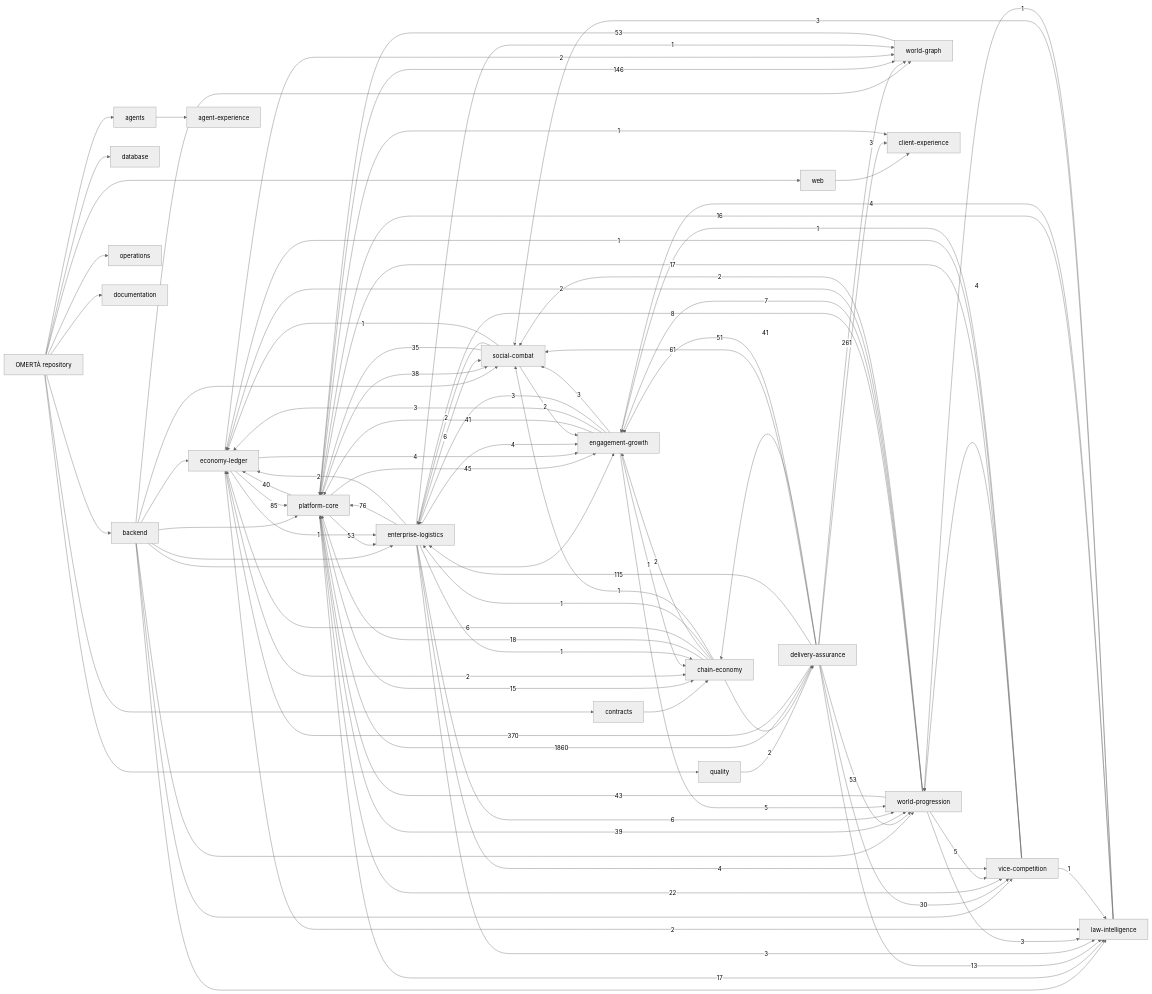
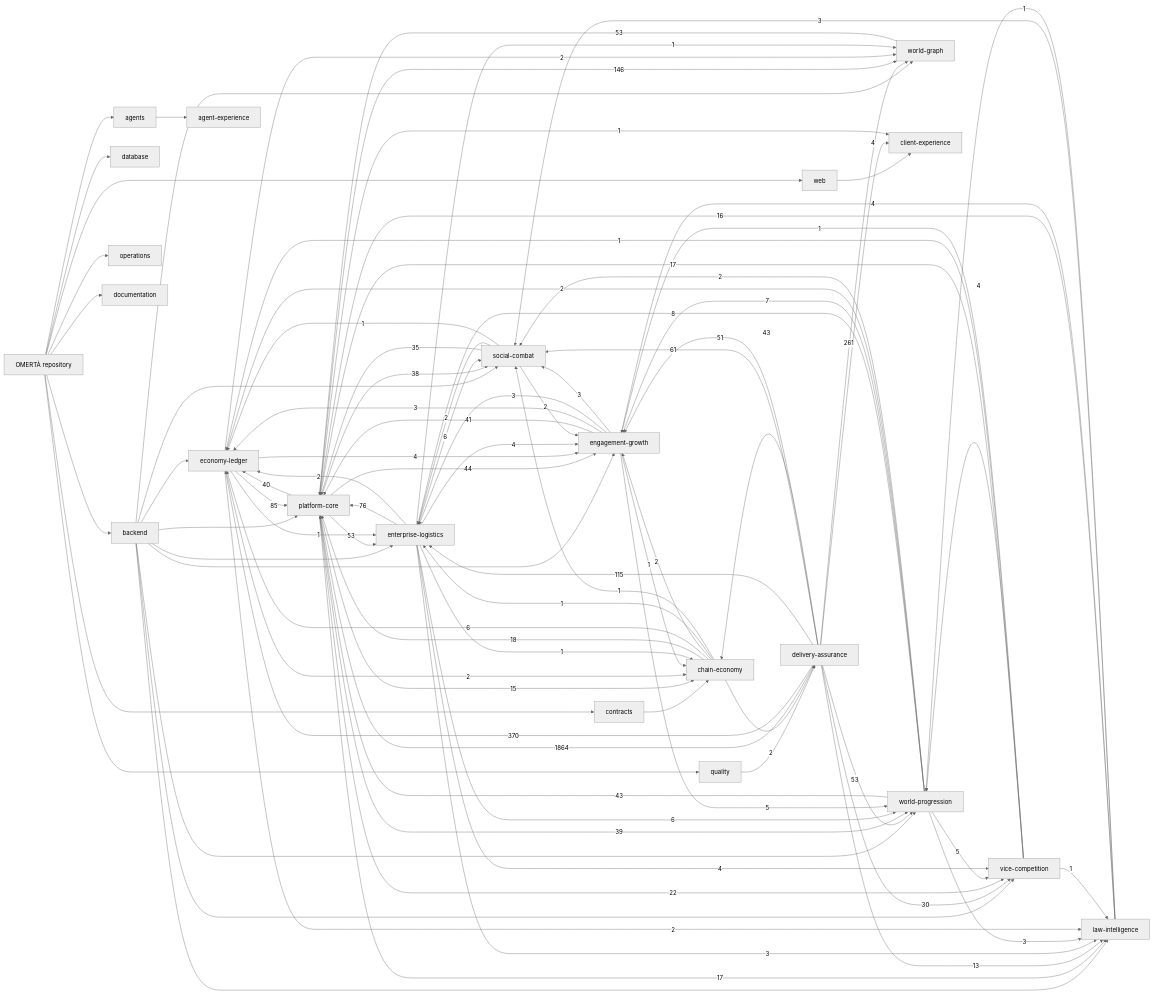
Before and after one commit to OmertaDev/Omerta: the diagram in knowledge/generated/graph.mmd, drawn with Mermaid (neutral theme). The commit also changed 8 other files, not shown here.

```diff
--- a/knowledge/generated/graph.mmd
+++ b/knowledge/generated/graph.mmd
@@ -1,113 +1,113 @@
 flowchart LR
   repo["OMERTÀ repository"]
   sub_backend["backend"]
   repo --> sub_backend
   sub_database["database"]
   repo --> sub_database
   sub_web["web"]
   repo --> sub_web
   sub_contracts["contracts"]
   repo --> sub_contracts
   sub_agents["agents"]
   repo --> sub_agents
   sub_quality["quality"]
   repo --> sub_quality
   sub_operations["operations"]
   repo --> sub_operations
   sub_documentation["documentation"]
   repo --> sub_documentation
   dom_platform-core["platform-core"]
   dom_economy-ledger["economy-ledger"]
   dom_social-combat["social-combat"]
   dom_world-progression["world-progression"]
   dom_world-graph["world-graph"]
   dom_enterprise-logistics["enterprise-logistics"]
   dom_vice-competition["vice-competition"]
   dom_law-intelligence["law-intelligence"]
   dom_chain-economy["chain-economy"]
   dom_engagement-growth["engagement-growth"]
   dom_client-experience["client-experience"]
   dom_agent-experience["agent-experience"]
   dom_delivery-assurance["delivery-assurance"]
   sub_agents --> dom_agent-experience
   sub_backend --> dom_economy-ledger
   sub_backend --> dom_engagement-growth
   sub_backend --> dom_enterprise-logistics
   sub_backend --> dom_law-intelligence
   sub_backend --> dom_platform-core
   sub_backend --> dom_social-combat
   sub_backend --> dom_vice-competition
   sub_backend --> dom_world-graph
   sub_backend --> dom_world-progression
   sub_contracts --> dom_chain-economy
   sub_quality --> dom_delivery-assurance
   sub_web --> dom_client-experience
-  dom_delivery-assurance -->|1860| dom_platform-core
+  dom_delivery-assurance -->|1864| dom_platform-core
   dom_delivery-assurance -->|370| dom_economy-ledger
   dom_delivery-assurance -->|261| dom_world-graph
   dom_platform-core -->|146| dom_world-graph
   dom_delivery-assurance -->|115| dom_enterprise-logistics
   dom_economy-ledger -->|85| dom_platform-core
   dom_enterprise-logistics -->|76| dom_platform-core
   dom_delivery-assurance -->|61| dom_social-combat
   dom_delivery-assurance -->|53| dom_world-progression
   dom_platform-core -->|53| dom_enterprise-logistics
   dom_world-graph -->|53| dom_platform-core
   dom_delivery-assurance -->|51| dom_engagement-growth
-  dom_platform-core -->|45| dom_engagement-growth
+  dom_platform-core -->|44| dom_engagement-growth
+  dom_delivery-assurance -->|43| dom_chain-economy
   dom_world-progression -->|43| dom_platform-core
-  dom_delivery-assurance -->|41| dom_chain-economy
   dom_engagement-growth -->|41| dom_platform-core
   dom_platform-core -->|40| dom_economy-ledger
   dom_platform-core -->|39| dom_world-progression
   dom_platform-core -->|38| dom_social-combat
   dom_social-combat -->|35| dom_platform-core
   dom_delivery-assurance -->|30| dom_vice-competition
   dom_platform-core -->|22| dom_vice-competition
   dom_chain-economy -->|18| dom_platform-core
   dom_platform-core -->|17| dom_law-intelligence
   dom_vice-competition -->|17| dom_platform-core
   dom_law-intelligence -->|16| dom_platform-core
   dom_platform-core -->|15| dom_chain-economy
   dom_delivery-assurance -->|13| dom_law-intelligence
   dom_world-progression -->|8| dom_enterprise-logistics
   dom_world-progression -->|7| dom_engagement-growth
   dom_chain-economy -->|6| dom_economy-ledger
   dom_enterprise-logistics -->|6| dom_social-combat
   dom_enterprise-logistics -->|6| dom_world-progression
   dom_engagement-growth -->|5| dom_world-progression
   dom_world-progression -->|5| dom_vice-competition
+  dom_delivery-assurance -->|4| dom_client-experience
   dom_economy-ledger -->|4| dom_engagement-growth
   dom_enterprise-logistics -->|4| dom_engagement-growth
   dom_enterprise-logistics -->|4| dom_vice-competition
   dom_law-intelligence -->|4| dom_engagement-growth
   dom_vice-competition -->|4| dom_world-progression
-  dom_delivery-assurance -->|3| dom_client-experience
   dom_engagement-growth -->|3| dom_economy-ledger
   dom_engagement-growth -->|3| dom_enterprise-logistics
   dom_engagement-growth -->|3| dom_social-combat
   dom_enterprise-logistics -->|3| dom_law-intelligence
   dom_law-intelligence -->|3| dom_social-combat
   dom_world-progression -->|3| dom_law-intelligence
   dom_chain-economy -->|2| dom_delivery-assurance
   dom_chain-economy -->|2| dom_engagement-growth
   dom_economy-ledger -->|2| dom_chain-economy
   dom_economy-ledger -->|2| dom_law-intelligence
   dom_economy-ledger -->|2| dom_world-graph
   dom_enterprise-logistics -->|2| dom_economy-ledger
   dom_social-combat -->|2| dom_engagement-growth
   dom_social-combat -->|2| dom_enterprise-logistics
   dom_world-progression -->|2| dom_economy-ledger
   dom_world-progression -->|2| dom_social-combat
   dom_chain-economy -->|1| dom_enterprise-logistics
   dom_chain-economy -->|1| dom_social-combat
   dom_economy-ledger -->|1| dom_enterprise-logistics
   dom_engagement-growth -->|1| dom_chain-economy
   dom_enterprise-logistics -->|1| dom_chain-economy
   dom_enterprise-logistics -->|1| dom_world-graph
   dom_law-intelligence -->|1| dom_world-progression
   dom_platform-core -->|1| dom_client-experience
   dom_social-combat -->|1| dom_economy-ledger
   dom_vice-competition -->|1| dom_economy-ledger
   dom_vice-competition -->|1| dom_engagement-growth
   dom_vice-competition -->|1| dom_law-intelligence
```
